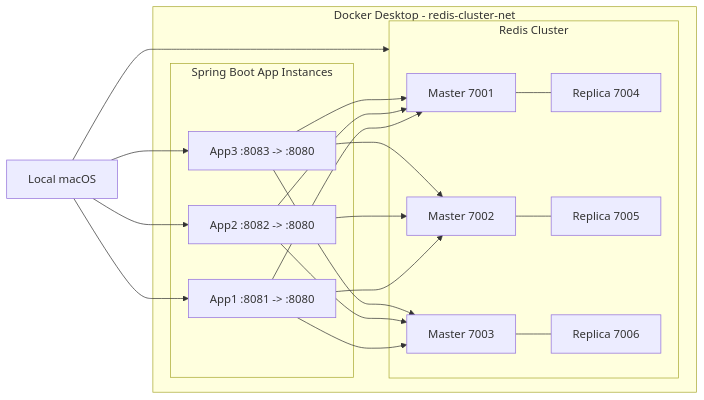
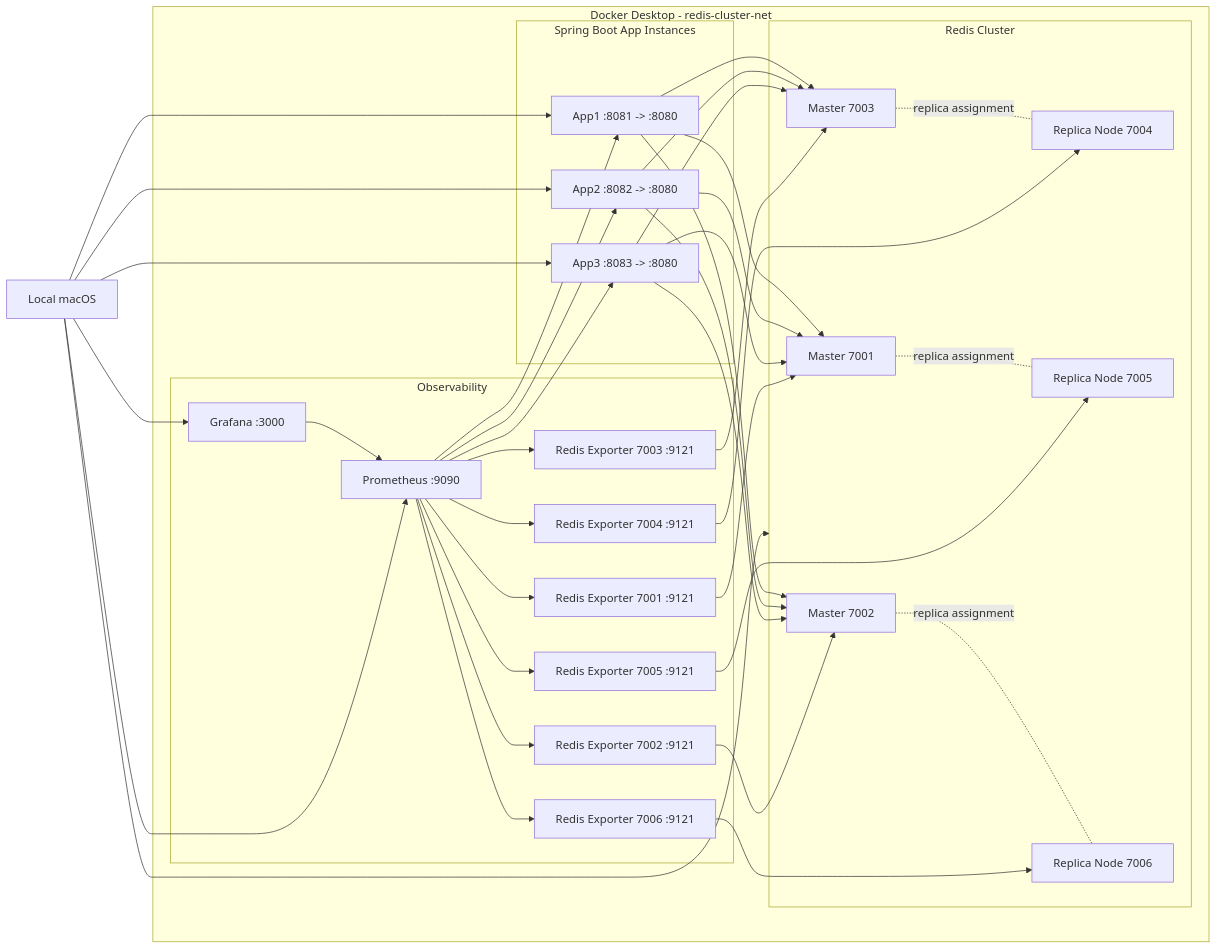
One commit to bbangssi91/redis-cluster-lab changed the diagram in docs/architecture.md. Above: the diagram before and after it, drawn with Mermaid. The commit also changed other lines of this file and 11 other files, not shown here.

Commit message:
Phase2. observability 추가 - Prometheus 매트릭 수집 추가 - Grafana 대시보드 시각화 추가 - Redis exporter 추가

````diff
--- a/docs/architecture.md
+++ b/docs/architecture.md
@@ -5,38 +5,70 @@
 ```mermaid
 flowchart LR
     subgraph Docker["Docker Desktop - redis-cluster-net"]
         subgraph Apps["Spring Boot App Instances"]
             App1["App1 :8081 -> :8080"]
             App2["App2 :8082 -> :8080"]
             App3["App3 :8083 -> :8080"]
         end
 
         subgraph Redis["Redis Cluster"]
             M1["Master 7001"]
             M2["Master 7002"]
             M3["Master 7003"]
-            R1["Replica 7004"]
-            R2["Replica 7005"]
-            R3["Replica 7006"]
+            R4["Replica Node 7004"]
+            R5["Replica Node 7005"]
+            R6["Replica Node 7006"]
+        end
+
+        subgraph Observability["Observability"]
+            E1["Redis Exporter 7001 :9121"]
+            E2["Redis Exporter 7002 :9121"]
+            E3["Redis Exporter 7003 :9121"]
+            E4["Redis Exporter 7004 :9121"]
+            E5["Redis Exporter 7005 :9121"]
+            E6["Redis Exporter 7006 :9121"]
+            Prom["Prometheus :9090"]
+            Grafana["Grafana :3000"]
         end
 
         App1 --> M1
         App1 --> M2
         App1 --> M3
         App2 --> M1
         App2 --> M2
         App2 --> M3
         App3 --> M1
         App3 --> M2
         App3 --> M3
 
-        M1 --- R1
-        M2 --- R2
-        M3 --- R3
+        M1 -. replica assignment .- R5
+        M2 -. replica assignment .- R6
+        M3 -. replica assignment .- R4
+
+        E1 --> M1
+        E2 --> M2
+        E3 --> M3
+        E4 --> R4
+        E5 --> R5
+        E6 --> R6
+
+        Prom --> E1
+        Prom --> E2
+        Prom --> E3
+        Prom --> E4
+        Prom --> E5
+        Prom --> E6
+        Prom --> App1
+        Prom --> App2
+        Prom --> App3
+
+        Grafana --> Prom
     end
 
     User["Local macOS"] --> App1
     User --> App2
     User --> App3
     User --> Redis
+    User --> Prom
+    User --> Grafana
 ```
````
